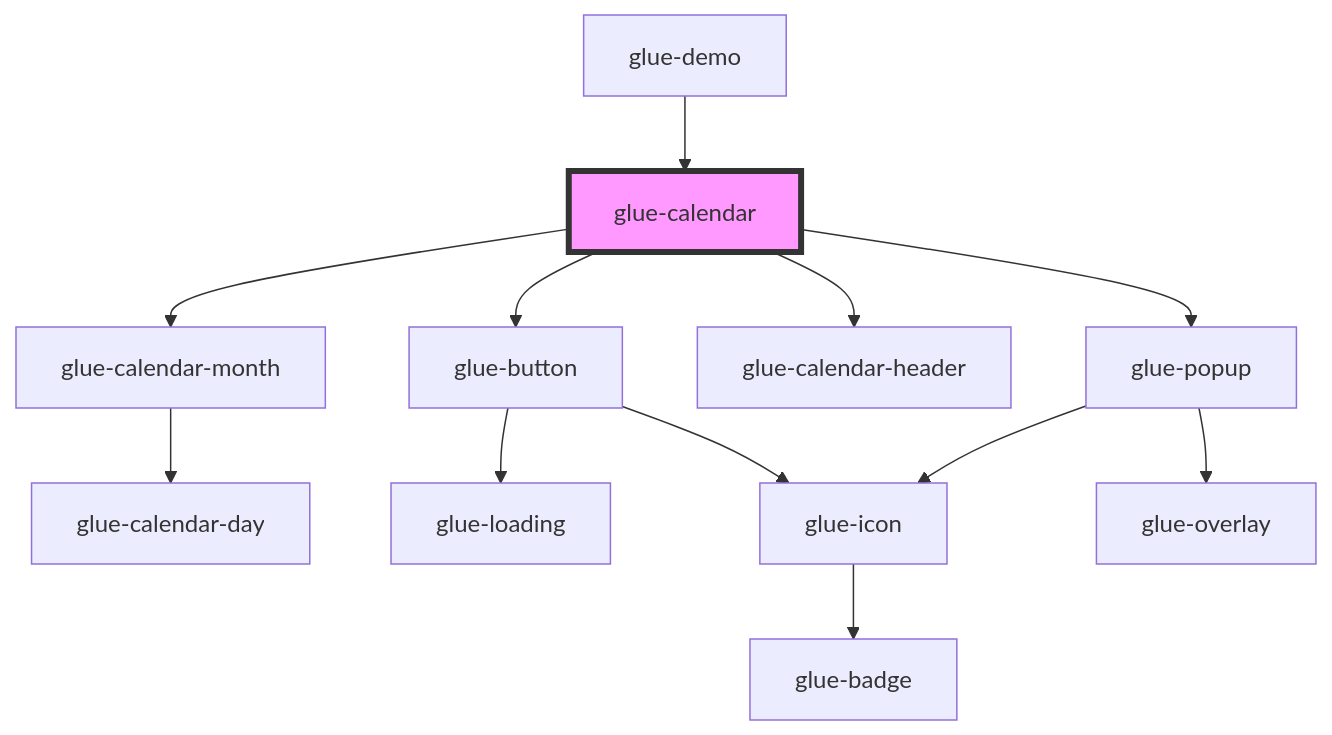
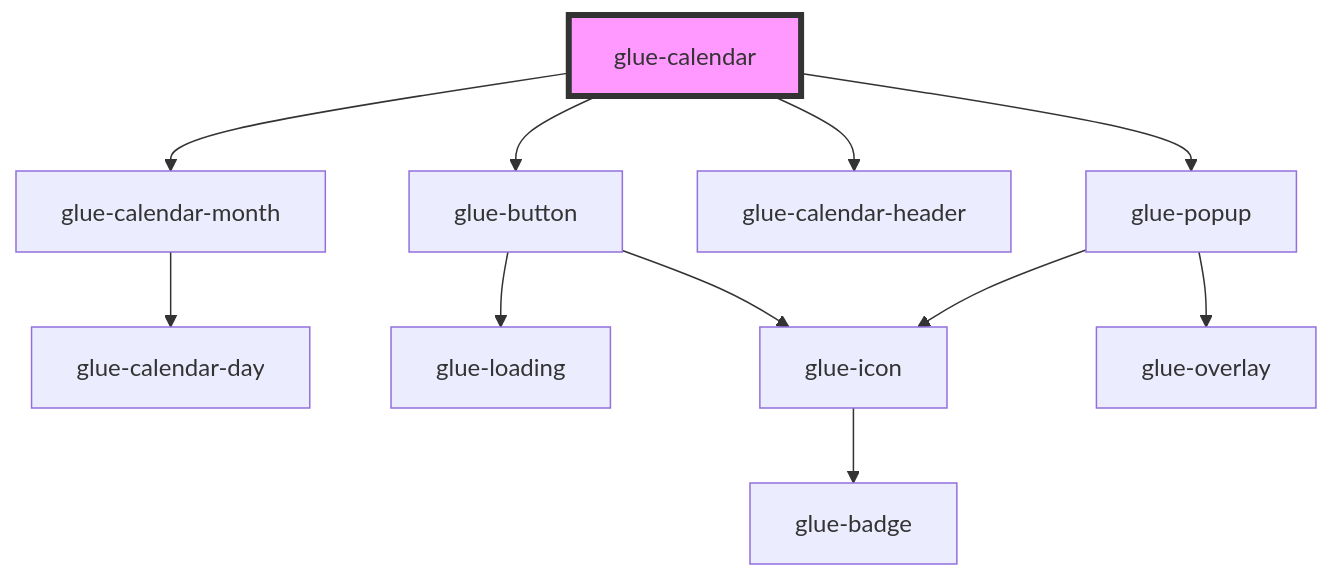
Before and after one commit to grasilife/glue: the diagram in packages/glue-components/src/components/glue-calendar/readme.md, drawn with Mermaid. The commit also changed other lines of this file and 23 other files, not shown here.

````diff
--- a/packages/glue-components/src/components/glue-calendar/readme.md
+++ b/packages/glue-components/src/components/glue-calendar/readme.md
@@ -72,15 +68,14 @@
 ```mermaid
 graph TD;
   glue-calendar --> glue-calendar-month
   glue-calendar --> glue-button
   glue-calendar --> glue-calendar-header
   glue-calendar --> glue-popup
   glue-calendar-month --> glue-calendar-day
   glue-button --> glue-loading
   glue-button --> glue-icon
   glue-icon --> glue-badge
   glue-popup --> glue-icon
   glue-popup --> glue-overlay
-  glue-demo --> glue-calendar
   style glue-calendar fill:#f9f,stroke:#333,stroke-width:4px
 ```
````
